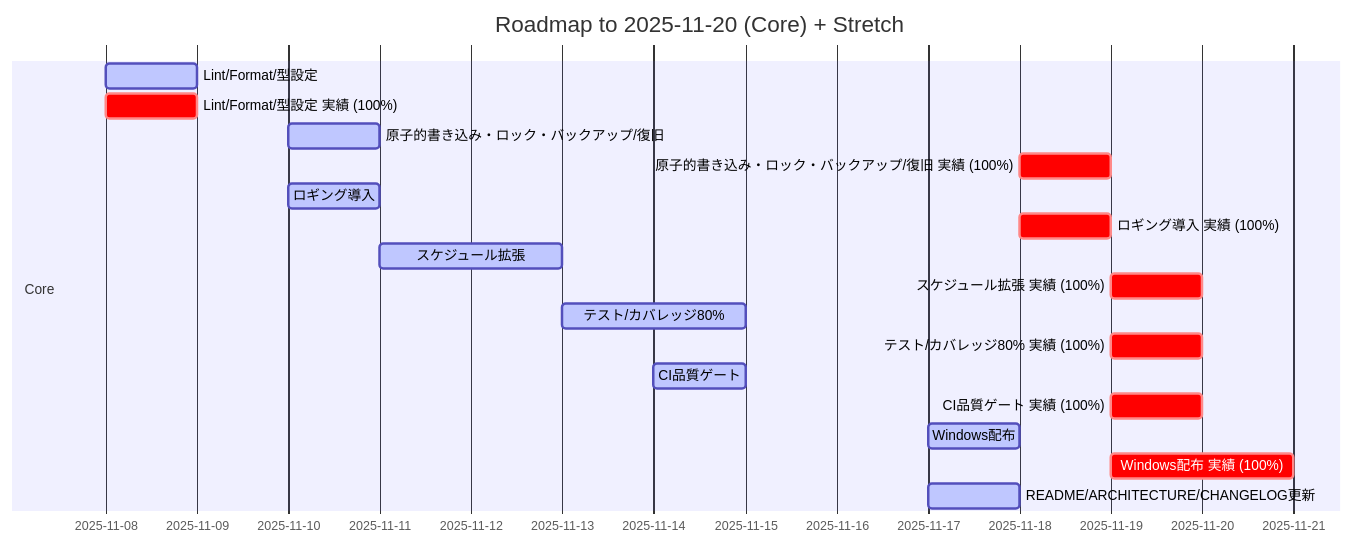
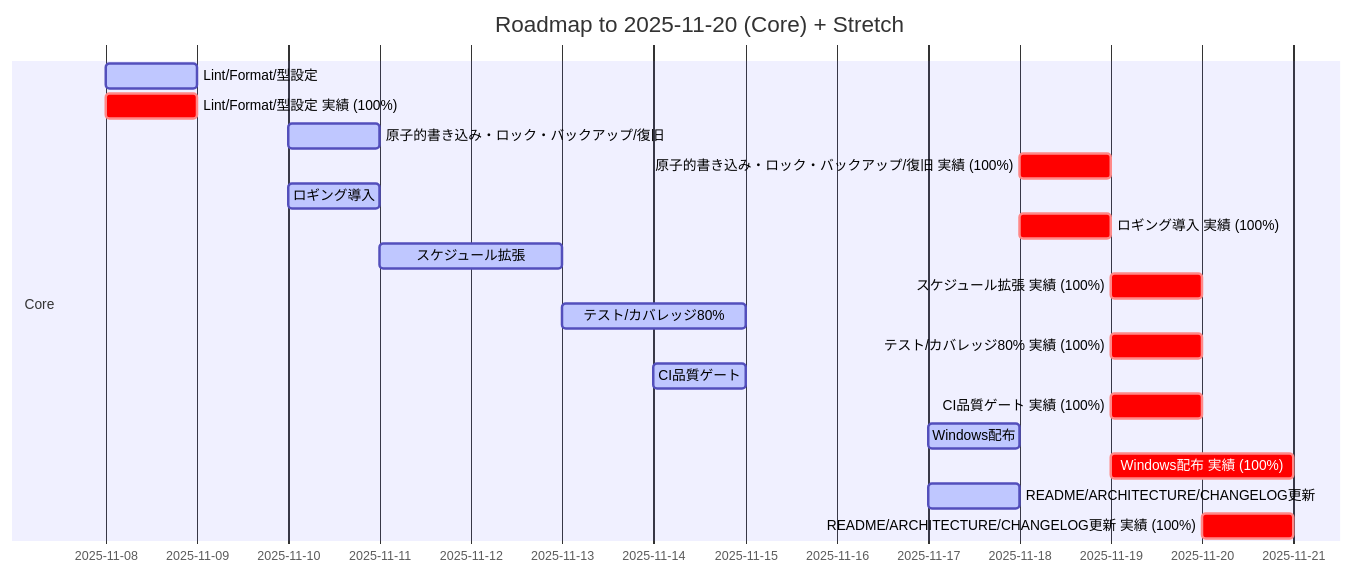
One commit to takenet193/task-reminder-tool changed the diagram in docs/ROADMAP.md. Above: the diagram before and after it, drawn with Mermaid. The commit also changed other lines of this file and 5 other files, not shown here.

First line of the commit message:
docs: README/ARCHITECTURE/CHANGELOG更新タスク完了

````diff
--- a/docs/ROADMAP.md
+++ b/docs/ROADMAP.md
@@ -37,29 +37,30 @@
 ```mermaid
 gantt
   dateFormat  YYYY-MM-DD
   title Roadmap to 2025-11-20 (Core) + Stretch
   section Core
   Lint/Format/型設定  :active, 2025-11-08, 1.0d
   Lint/Format/型設定 実績 (100%)  :crit, 2025-11-08, 1.0d
   原子的書き込み・ロック・バックアップ/復旧  :active, 2025-11-10, 1.0d
   原子的書き込み・ロック・バックアップ/復旧 実績 (100%)  :crit, 2025-11-18, 1.0d
   ロギング導入  :active, 2025-11-10, 1.0d
   ロギング導入 実績 (100%)  :crit, 2025-11-18, 1.0d
   スケジュール拡張  :active, 2025-11-11, 2.0d
   スケジュール拡張 実績 (100%)  :crit, 2025-11-19, 1.0d
   テスト/カバレッジ80%  :active, 2025-11-13, 2.0d
   テスト/カバレッジ80% 実績 (100%)  :crit, 2025-11-19, 1.0d
   CI品質ゲート  :active, 2025-11-14, 1.0d
   CI品質ゲート 実績 (100%)  :crit, 2025-11-19, 1.0d
   Windows配布  :active, 2025-11-17, 1.0d
   Windows配布 実績 (100%)  :crit, 2025-11-19, 2.0d
   README/ARCHITECTURE/CHANGELOG更新  :active, 2025-11-17, 1.0d
+  README/ARCHITECTURE/CHANGELOG更新 実績 (100%)  :crit, 2025-11-20, 1.0d
   section Stretch
   %% スケジュールUI (日付未定)
   %% 通知ディスパッチ (日付未定)
   %% Win/Mac表示差異吸収 (日付未定)
   %% macOS配布 (日付未定)
   %% MCP自動化 (日付未定)
   %% デモGIF作成 (日付未定)
   %% アーキ図/通知シーケンス図 (日付未定)
 ```
````
